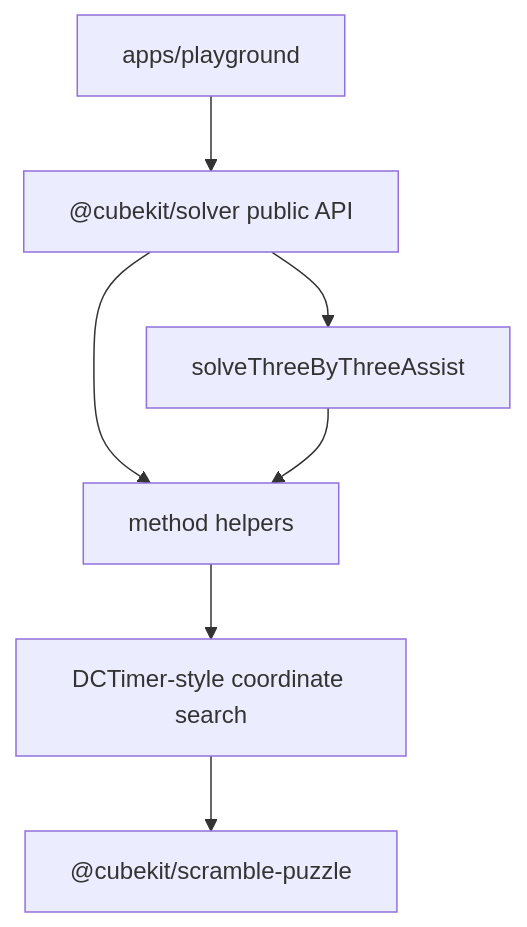
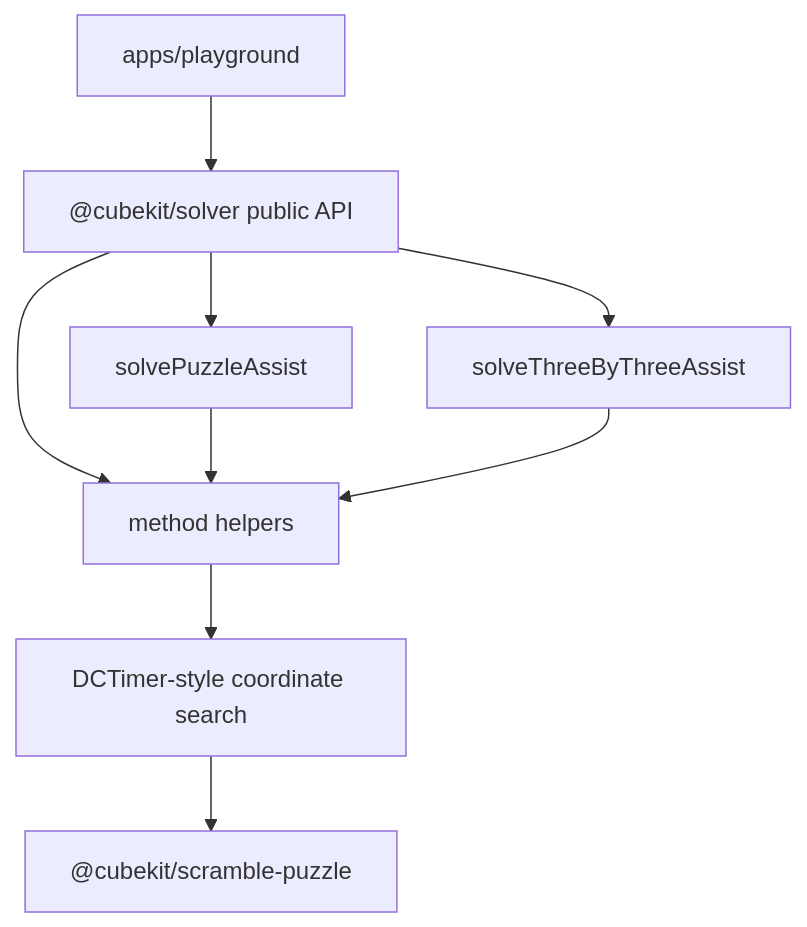
Before and after one commit to deweyou/cube-kit: the diagram in docs/packages/solver/index.md, drawn with Mermaid. The commit also changed other lines of this file and 24 other files, not shown here.

````diff
--- a/docs/packages/solver/index.md
+++ b/docs/packages/solver/index.md
@@ -3,9 +3,11 @@
 ```mermaid
 flowchart TD
-    Public["@cubekit/solver public API"] --> Facade["solveThreeByThreeAssist"]
+    Public["@cubekit/solver public API"] --> Facade["solvePuzzleAssist"]
+    Public --> ThreeFacade["solveThreeByThreeAssist"]
     Public --> Methods["method helpers"]
     Facade --> Methods
+    ThreeFacade --> Methods
     Methods --> Search["DCTimer-style coordinate search"]
     Search --> Puzzle["@cubekit/scramble-puzzle"]
     Playground["apps/playground"] --> Public
 ```
````
